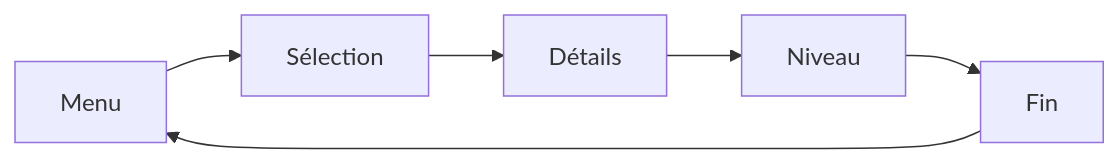
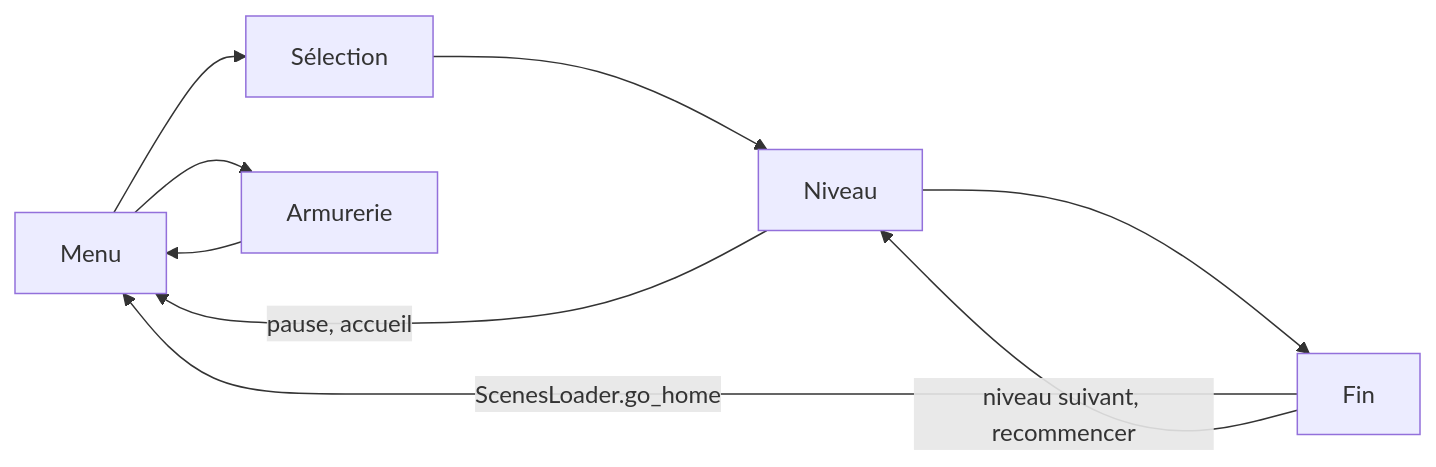
The second of 2 diagrams in src/content/docs/development/user-flows/off-game.md (Cat-aclsym/documentation), drawn with Mermaid before and after one commit. The commit also changed other lines of this file and 6 other files, not shown here.

Commit message:
docs(narrative): Document per-locale timelines, one-time dialogues, the tutorial, translation keys, UI, audio buses and user flows.

````diff
--- a/src/content/docs/development/user-flows/off-game.md
+++ b/src/content/docs/development/user-flows/off-game.md
@@ -24,8 +24,11 @@
 ```mermaid
 flowchart LR
     home["Menu"] --> select["Sélection"]
-    select --> details["Détails"]
-    details --> level["Niveau"]
+    select --> level["Niveau"]
     level --> endscreen["Fin"]
-    endscreen --> home
+    endscreen -->|ScenesLoader.go_home| home
+    endscreen -->|niveau suivant, recommencer| level
+    level -->|pause, accueil| home
+    home --> armory["Armurerie"]
+    armory --> home
 ```
````
